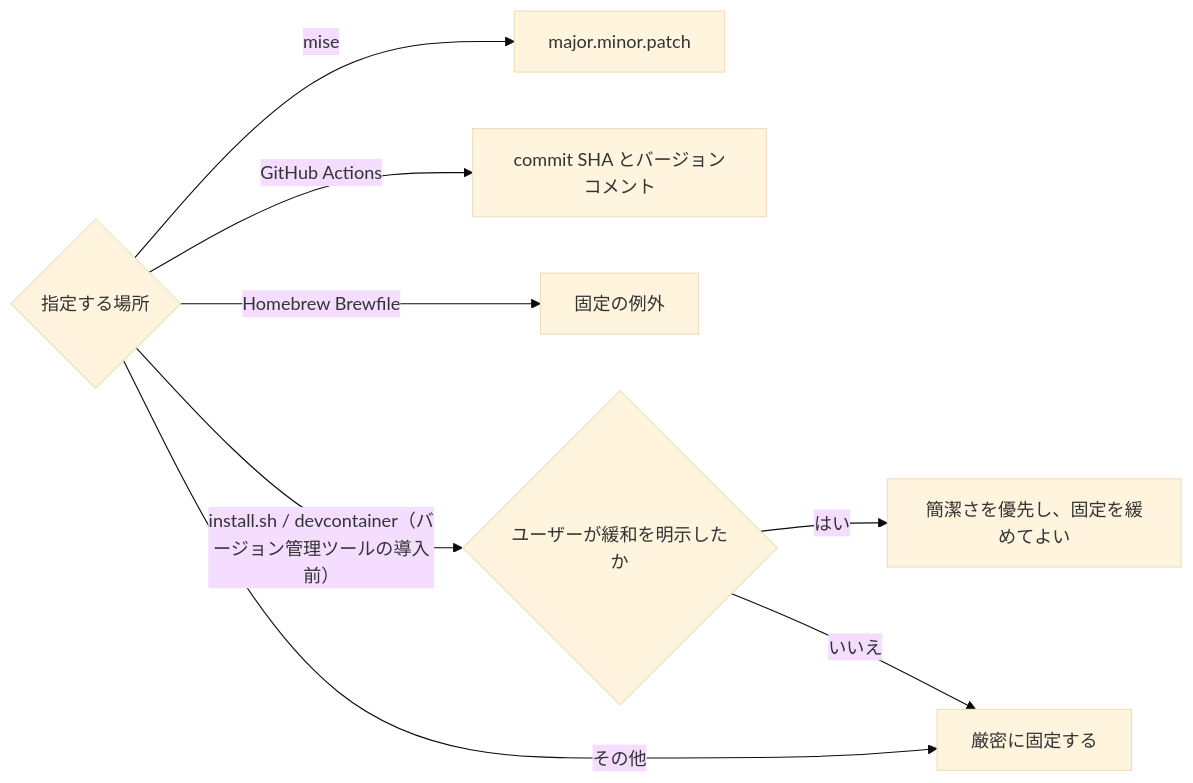
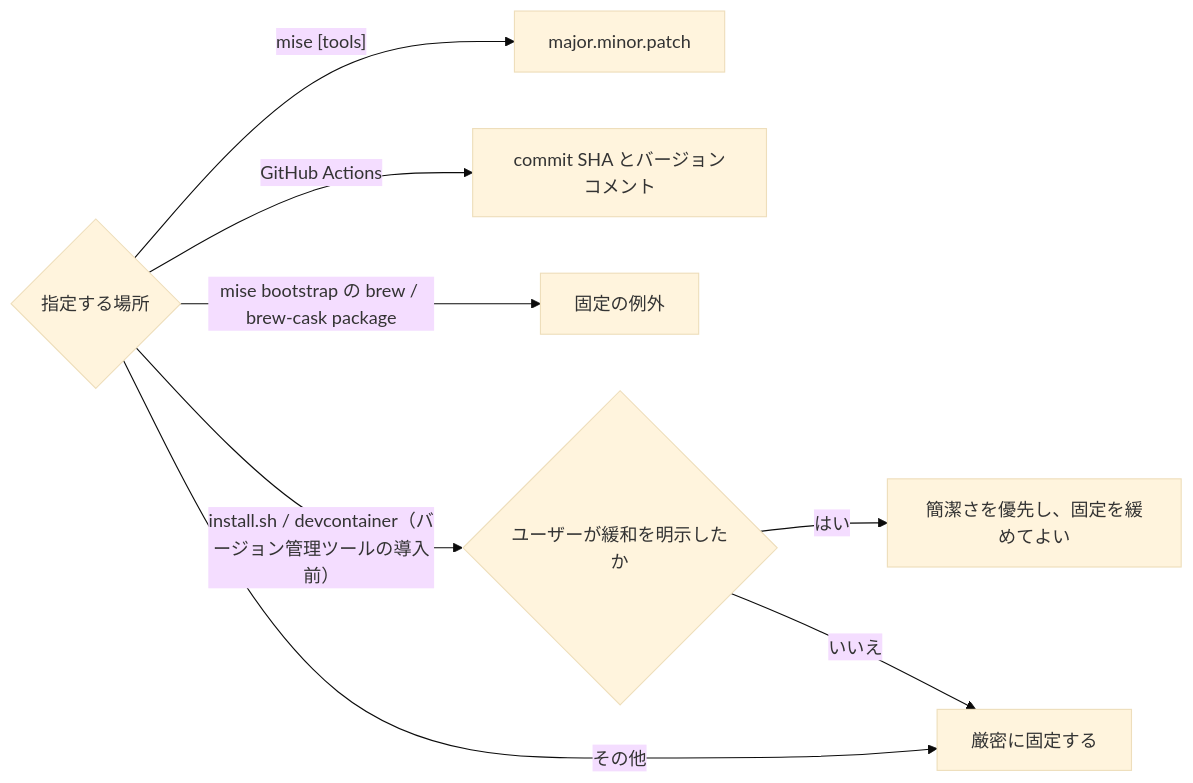
The first of 2 diagrams in AGENTS.md (9sako6/dotfiles), drawn with Mermaid (base theme) before and after one commit.

Commit message:
docs: align version rules with mise bootstrap
Replace the obsolete Brewfile exception with the current mise bootstrap package boundary.

````diff
--- a/AGENTS.md
+++ b/AGENTS.md
@@ -14,11 +14,11 @@
 ```mermaid
 flowchart LR
     target{"指定する場所"}
-    target -->|"mise"| mise["major.minor.patch"]
+    target -->|"mise [tools]"| mise["major.minor.patch"]
     target -->|"GitHub Actions"| actions["commit SHA とバージョンコメント"]
-    target -->|"Homebrew Brewfile"| brew["固定の例外"]
+    target -->|"mise bootstrap の brew / brew-cask package"| brew["固定の例外"]
     target -->|"install.sh / devcontainer（バージョン管理ツールの導入前）"| permission{"ユーザーが緩和を明示したか"}
     target -->|"その他"| exact["厳密に固定する"]
     permission -->|"はい"| simple["簡潔さを優先し、固定を緩めてよい"]
     permission -->|"いいえ"| exact
 ```
````
